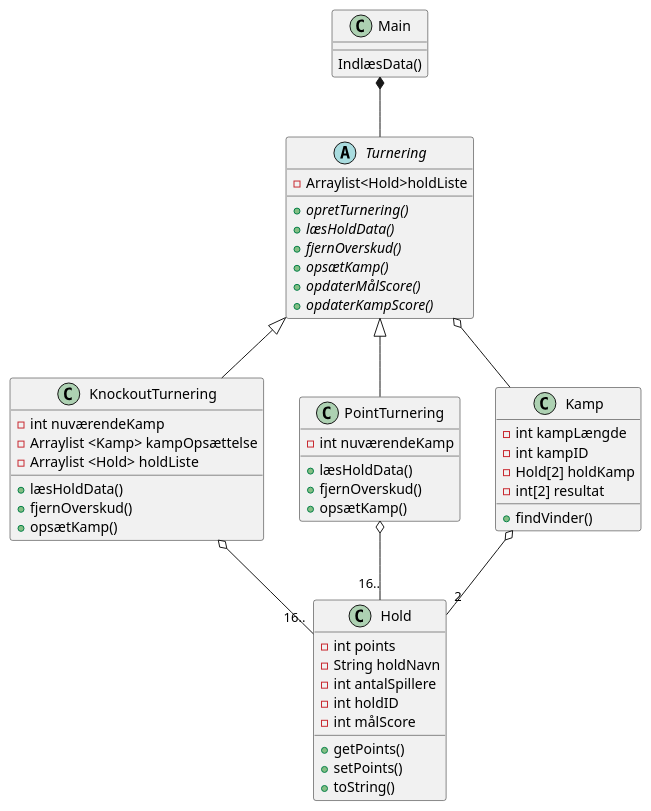
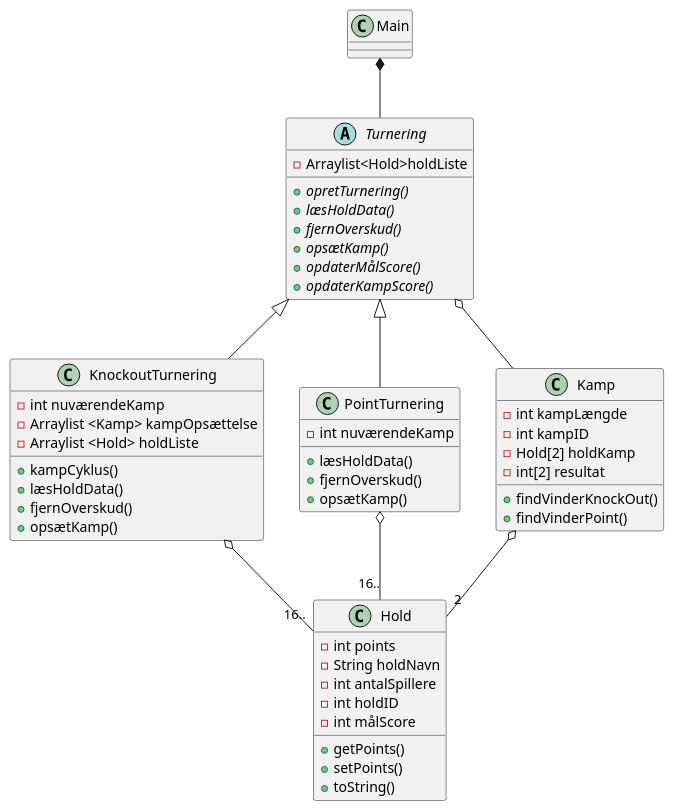
The diagram in SP3/src/UML/Klassediagram.puml (Datamatiker-A3/SP3), drawn with PlantUML before and after one commit. The commit also changed 4 other files, not shown here.

Commit message:
Updated UML

```diff
--- a/SP3/src/UML/Klassediagram.puml
+++ b/SP3/src/UML/Klassediagram.puml
@@ -1,67 +1,69 @@
 @startuml
 'https://plantuml.com/class-diagram
 
 abstract class Turnering
 class Main
 class Hold
 class KnockoutTurnering
 class PointTurnering
 class Kamp
 
 Main *-- Turnering
 Turnering <|-- KnockoutTurnering
 Turnering<|-- PointTurnering
 KnockoutTurnering o-- "16.." Hold
 PointTurnering o-- "16.." Hold
 Turnering o-- Kamp
 Kamp o-- "2" Hold
 
 
 class Main {
-IndlæsData()
+
 }
 class Kamp{
 - int kampLængde
 - int kampID
 - Hold[2] holdKamp
 - int[2] resultat
-+ findVinder()
++ findVinderKnockOut()
++ findVinderPoint()
 }
 
 class Hold{
 - int points
 - String holdNavn
 - int antalSpillere
 - int holdID
 - int målScore
 + getPoints()
 + setPoints()
 + toString()
 
 }
 abstract class Turnering{
 - Arraylist<Hold>holdListe
 + {abstract}opretTurnering()
 + {abstract}læsHoldData()
 + {abstract}fjernOverskud()
 + {abstract}opsætKamp()
 + {abstract}opdaterMålScore()
 + {abstract}opdaterKampScore()
 }
 class KnockoutTurnering{
 - int nuværendeKamp
 - Arraylist <Kamp> kampOpsættelse
 - Arraylist <Hold> holdListe
++ kampCyklus()
 + læsHoldData()
 + fjernOverskud()
 + opsætKamp()
 }
 class PointTurnering{
 - int nuværendeKamp
 + læsHoldData()
 + fjernOverskud()
 + opsætKamp()
 }
 
 
 @enduml
```
